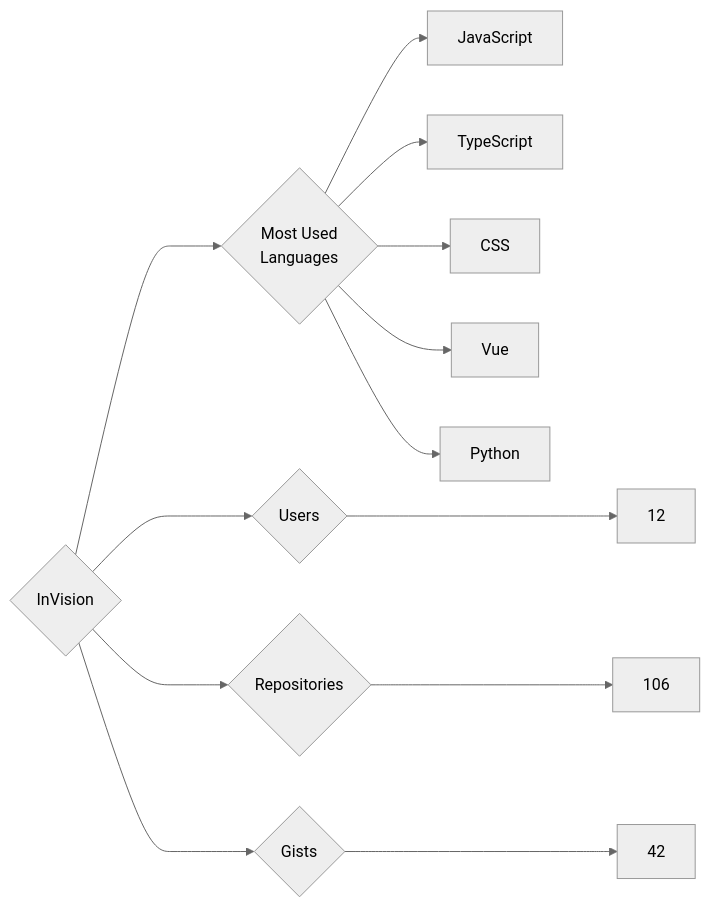
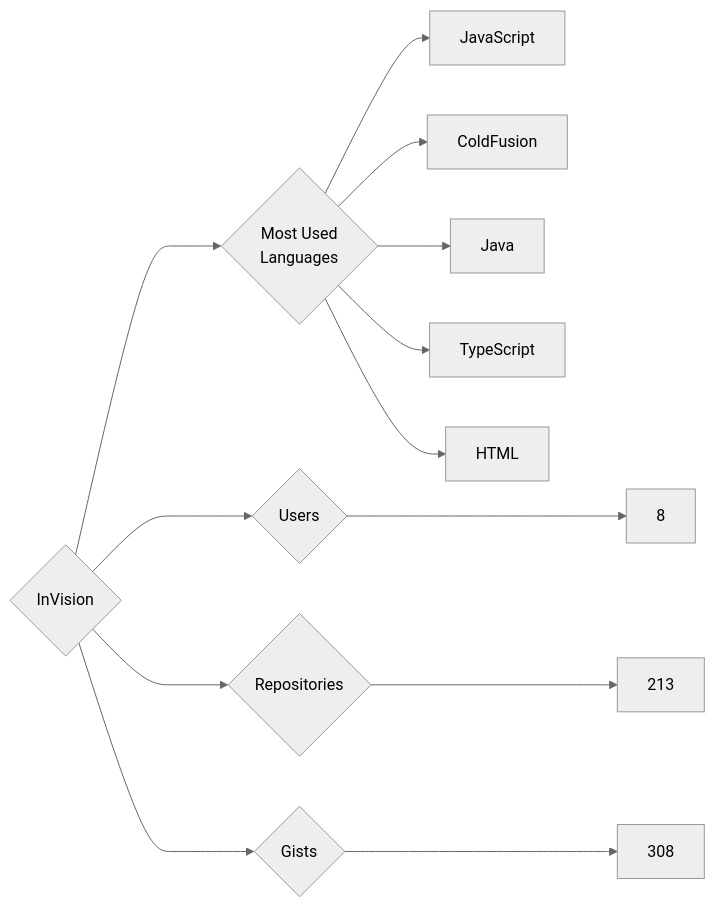
Before and after one commit to trickest/insiders: the diagram in targets/InVision/README.md, drawn with Mermaid (neutral theme). The commit also changed 837 other files, not shown here.

````diff
--- a/targets/InVision/README.md
+++ b/targets/InVision/README.md
@@ -3,13 +3,13 @@
 ```mermaid
 graph LR
 COMPANY_NAME{InVision}
-COMPANY_NAME ---> U{Users} ---> UN[12]
-COMPANY_NAME ---> R{Repositories} ---> RN[106]
-COMPANY_NAME ---> G{Gists} ---> GN[42]
+COMPANY_NAME ---> U{Users} ---> UN[8]
+COMPANY_NAME ---> R{Repositories} ---> RN[213]
+COMPANY_NAME ---> G{Gists} ---> GN[308]
 COMPANY_NAME ---> ML{Most Used<br>Languages}
 ML --> JavaScript[JavaScript]
+ML --> ColdFusion[ColdFusion]
+ML --> Java[Java]
 ML --> TypeScript[TypeScript]
-ML --> CSS[CSS]
-ML --> Vue[Vue]
-ML --> Python[Python]
+ML --> HTML[HTML]
 ```
````
